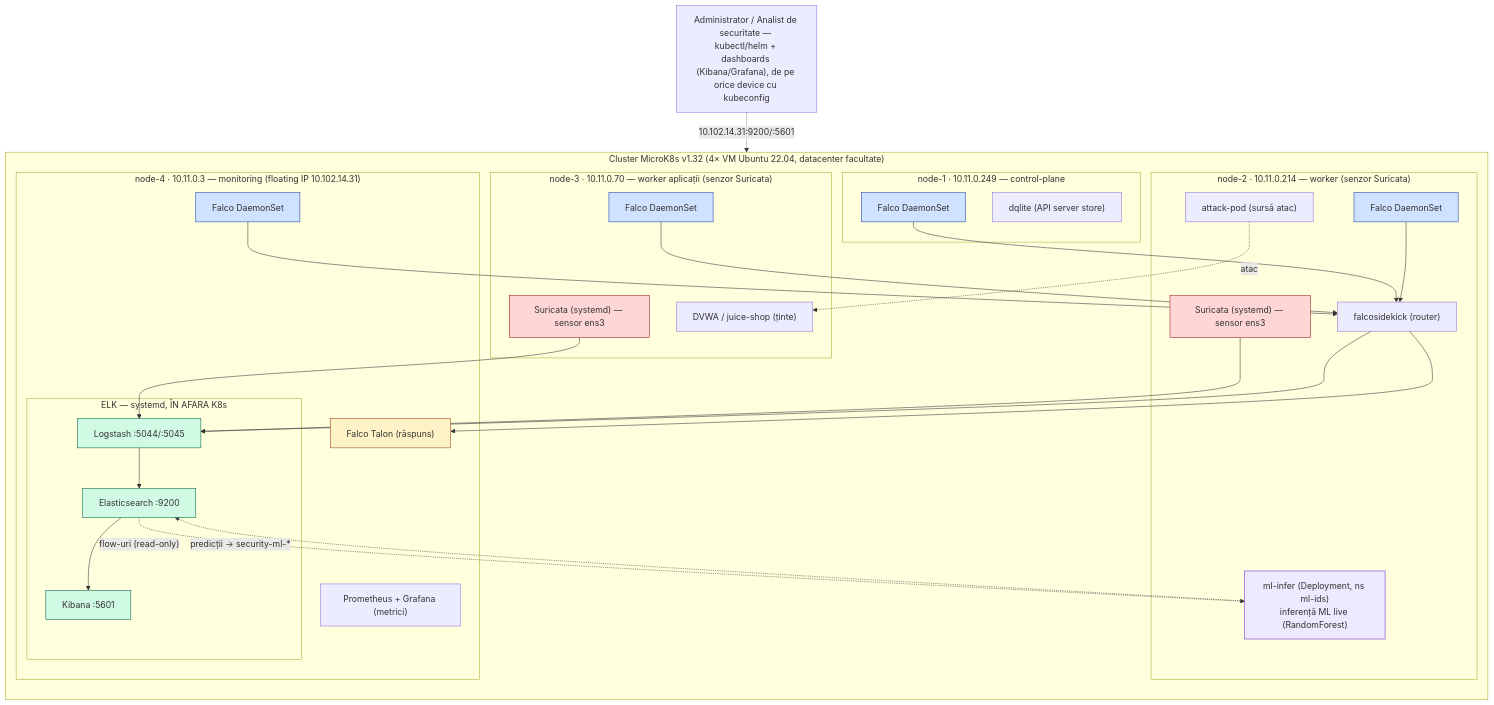
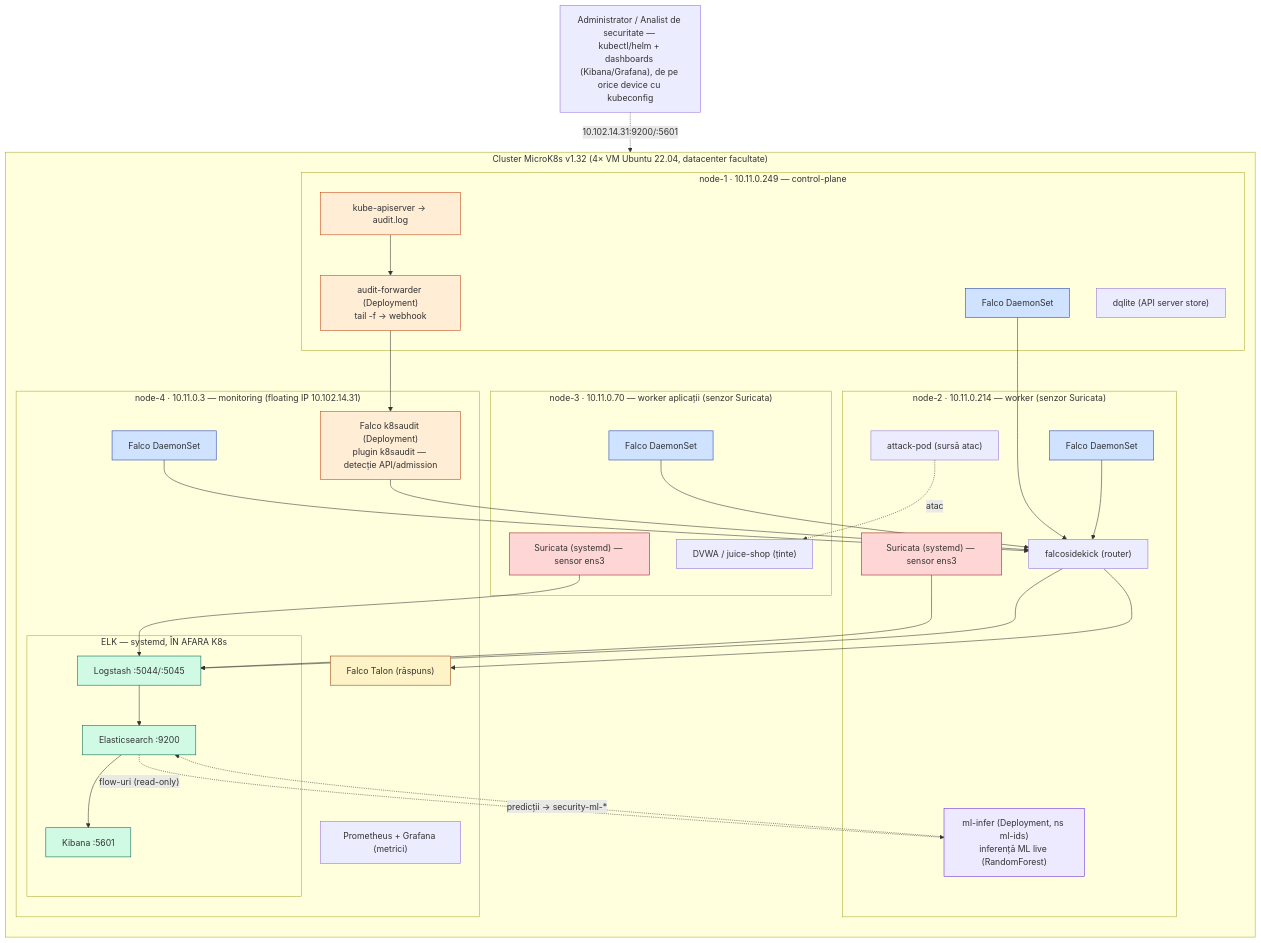
Before and after one commit to johnnyy06/k8s-threat-detection-system: the first of 7 diagrams in docs/diagrams/flows.md, drawn with Mermaid. The commit also changed other lines of this file and 9 other files, not shown here.

First line of the commit message:
docs(k8saudit): wire admission layer into diagrams + validate s01/s08

````diff
--- a/docs/diagrams/flows.md
+++ b/docs/diagrams/flows.md
@@ -18,59 +19,65 @@
 ```mermaid
 flowchart TB
   subgraph CL["Cluster MicroK8s v1.32 (4× VM Ubuntu 22.04, datacenter facultate)"]
     direction TB
 
     subgraph N1["node-1 · 10.11.0.249 — control-plane"]
       n1f["Falco DaemonSet"]
       n1d["dqlite (API server store)"]
+      n1audit["kube-apiserver → audit.log"]
+      n1fwd["audit-forwarder (Deployment)<br/>tail -f → webhook"]
     end
 
     subgraph N2["node-2 · 10.11.0.214 — worker (senzor Suricata)"]
       n2f["Falco DaemonSet"]
       n2s["Suricata (systemd) — sensor ens3"]
       n2fs["falcosidekick (router)"]
       n2a["attack-pod (sursă atac)"]
       n2ml["ml-infer (Deployment, ns ml-ids)<br/>inferență ML live (RandomForest)"]
     end
 
     subgraph N3["node-3 · 10.11.0.70 — worker aplicații (senzor Suricata)"]
       n3f["Falco DaemonSet"]
       n3s["Suricata (systemd) — sensor ens3"]
       n3d["DVWA / juice-shop (ținte)"]
     end
 
     subgraph N4["node-4 · 10.11.0.3 — monitoring (floating IP 10.102.14.31)"]
       n4f["Falco DaemonSet"]
       n4t["Falco Talon (răspuns)"]
+      n4ka["Falco k8saudit (Deployment)<br/>plugin k8saudit — detecție API/admission"]
       subgraph ELK["ELK — systemd, ÎN AFARA K8s"]
         ls["Logstash :5044/:5045"]
         es["Elasticsearch :9200"]
         kb["Kibana :5601"]
       end
       obs["Prometheus + Grafana (metrici)"]
     end
   end
 
   admin["Administrator / Analist de securitate — kubectl/helm + dashboards (Kibana/Grafana), de pe orice device cu kubeconfig"]
 
   n1f & n2f & n3f & n4f --> n2fs
   n2s & n3s --> ls
   n2fs --> ls
   ls --> es --> kb
   n2fs --> n4t
+  n1audit --> n1fwd --> n4ka --> n2fs
   admin -. "10.102.14.31:9200/:5601" .-> ELK
   n2a -. "atac" .-> n3d
   es -. "flow-uri (read-only)" .-> n2ml
   n2ml -. "predicții → security-ml-*" .-> es
 
   classDef falco fill:#cfe2ff,stroke:#1e40af;
+  classDef k8saudit fill:#ffedd5,stroke:#c2410e;
   classDef suri fill:#ffd6d6,stroke:#991b1b;
   classDef elk fill:#d1fae5,stroke:#065f46;
   classDef talon fill:#fef3c7,stroke:#92400e;
   classDef ml fill:#ede9fe,stroke:#6d28d9;
   class n1f,n2f,n3f,n4f falco;
+  class n4ka,n1fwd,n1audit k8saudit;
   class n2s,n3s suri;
   class ls,es,kb elk;
   class n4t talon;
   class n2ml ml;
 ```
````
